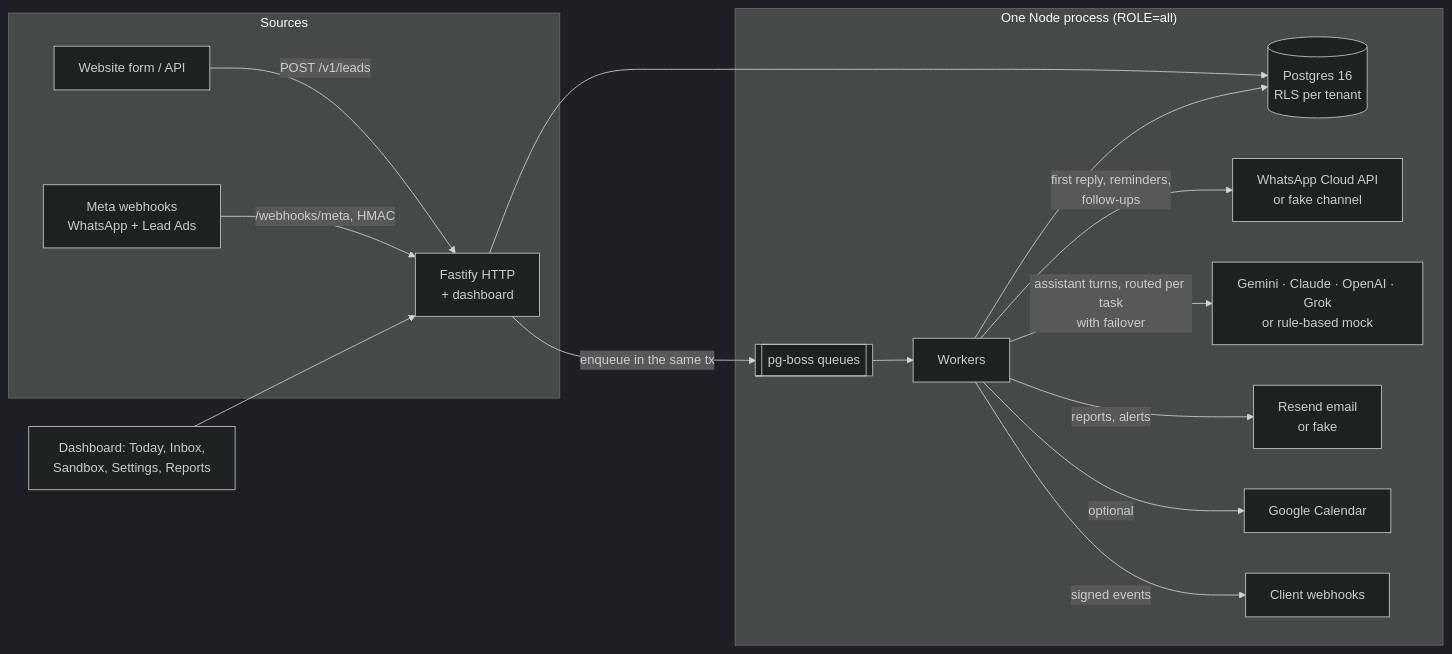
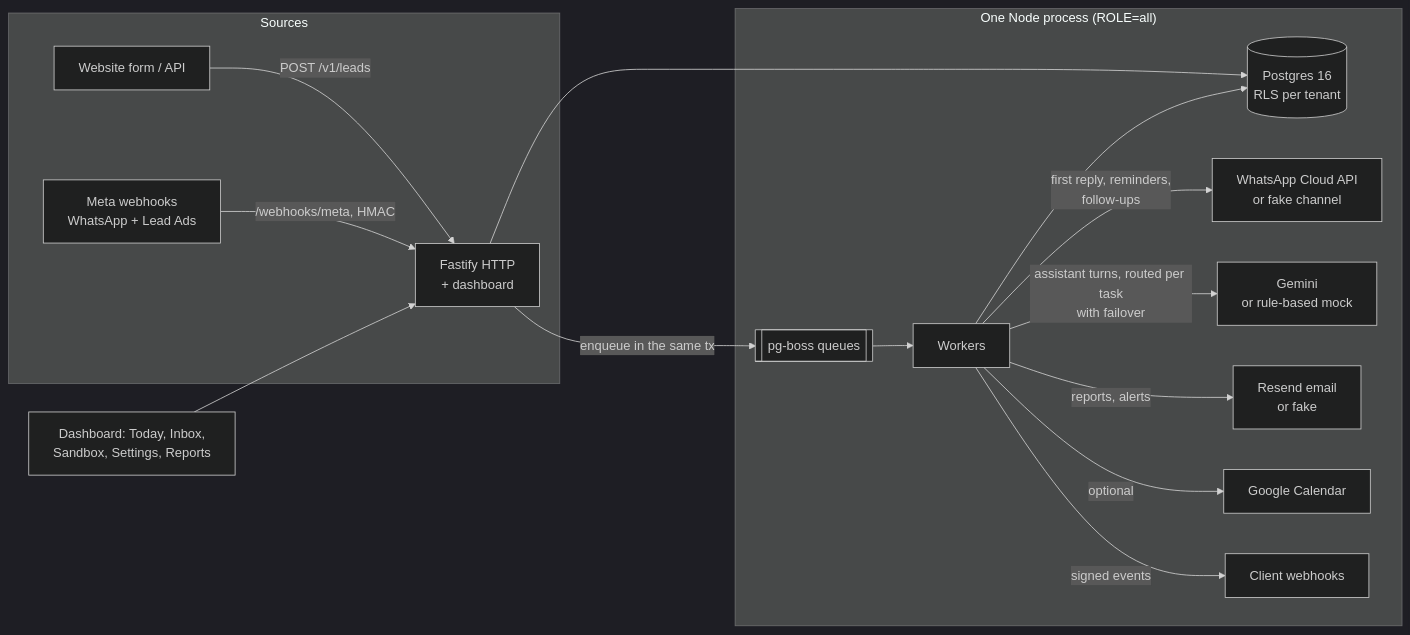
The diagram in README.md (AnirudhVermaCoding/LeadAutomation), drawn with Mermaid (dark theme) before and after one commit. The commit also changed other lines of this file and 31 other files, not shown here.

````diff
--- a/README.md
+++ b/README.md
@@ -43,19 +43,19 @@
 ```mermaid
 flowchart LR
   subgraph Sources
     F[Website form / API] -->|POST /v1/leads| API
     M[Meta webhooks<br/>WhatsApp + Lead Ads] -->|/webhooks/meta, HMAC| API
   end
   subgraph App["One Node process (ROLE=all)"]
     API[Fastify HTTP<br/>+ dashboard] --> DB[(Postgres 16<br/>RLS per tenant)]
     API -->|enqueue in the same tx| Q[[pg-boss queues]]
     Q --> W[Workers]
     W --> DB
     W -->|first reply, reminders,<br/>follow-ups| WA[WhatsApp Cloud API<br/>or fake channel]
-    W -->|assistant turns, routed per task<br/>with failover| LLM[Gemini · Claude · OpenAI · Grok<br/>or rule-based mock]
+    W -->|assistant turns, routed per task<br/>with failover| LLM[Gemini<br/>or rule-based mock]
     W -->|reports, alerts| E[Resend email<br/>or fake]
     W -->|optional| G[Google Calendar]
     W -->|signed events| H[Client webhooks]
   end
   D[Dashboard: Today, Inbox,<br/>Sandbox, Settings, Reports] --> API
 ```
````
